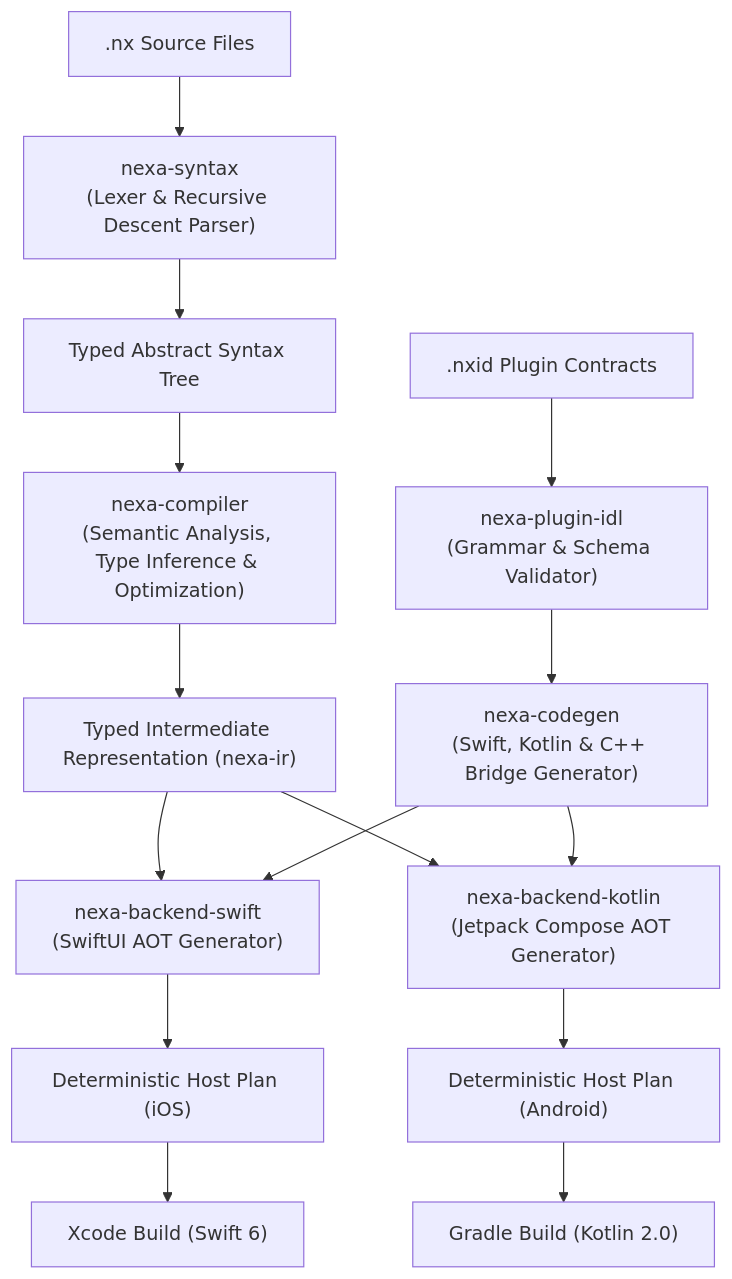
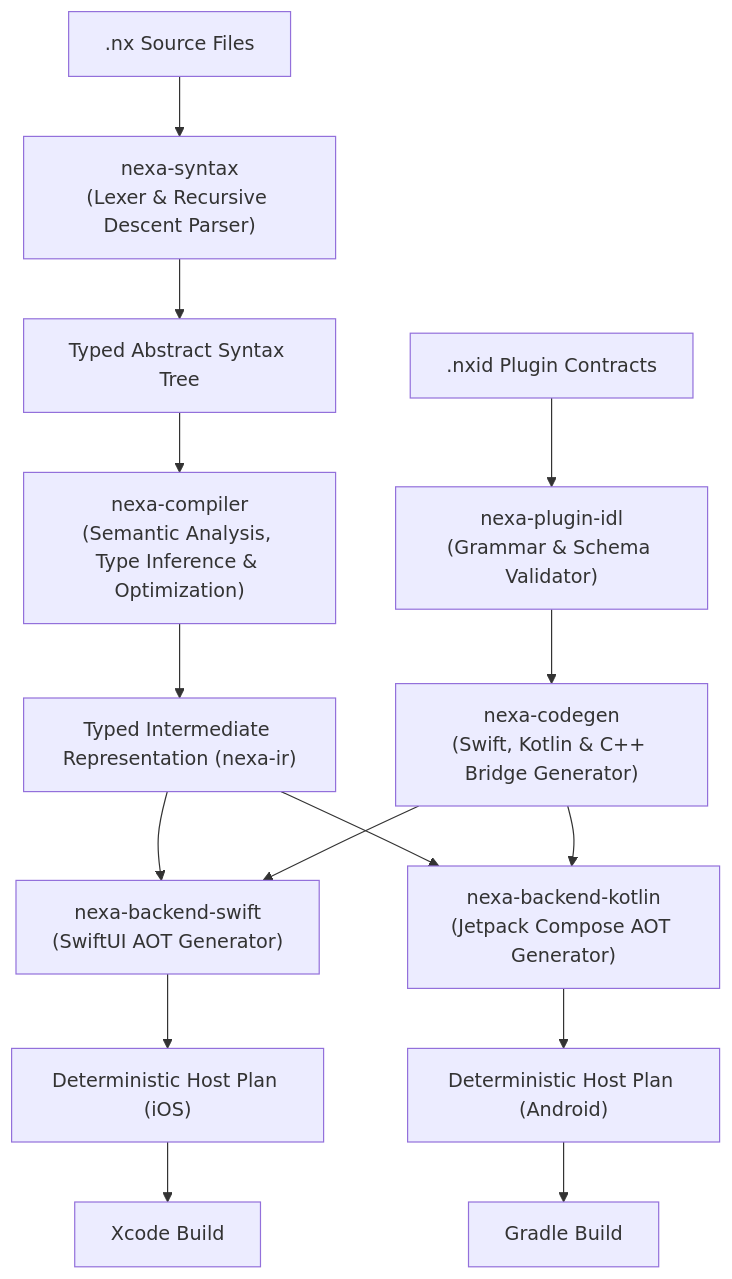
One commit to pigeonmal/nexa changed the first of 2 diagrams in docs/architecture.md. Above: the diagram before and after it, drawn with Mermaid. The commit also changed other lines of this file and 39 other files, not shown here.

````diff
--- a/docs/architecture.md
+++ b/docs/architecture.md
@@ -24,23 +45,23 @@
 ```mermaid
 graph TD
     NX[".nx Source Files"] --> Syntax["nexa-syntax\n(Lexer & Recursive Descent Parser)"]
     Syntax --> AST["Typed Abstract Syntax Tree"]
     
     AST --> Compiler["nexa-compiler\n(Semantic Analysis, Type Inference & Optimization)"]
     Compiler --> IR["Typed Intermediate Representation (nexa-ir)"]
     
     IDL[".nxid Plugin Contracts"] --> PluginIDL["nexa-plugin-idl\n(Grammar & Schema Validator)"]
     PluginIDL --> Codegen["nexa-codegen\n(Swift, Kotlin & C++ Bridge Generator)"]
     
     IR --> SwiftBackend["nexa-backend-swift\n(SwiftUI AOT Generator)"]
     IR --> KotlinBackend["nexa-backend-kotlin\n(Jetpack Compose AOT Generator)"]
     
     Codegen --> SwiftBackend
     Codegen --> KotlinBackend
     
     SwiftBackend --> XcodePlan["Deterministic Host Plan (iOS)"]
     KotlinBackend --> GradlePlan["Deterministic Host Plan (Android)"]
     
-    XcodePlan --> Xcode["Xcode Build (Swift 6)"]
-    GradlePlan --> Gradle["Gradle Build (Kotlin 2.0)"]
+    XcodePlan --> Xcode["Xcode Build"]
+    GradlePlan --> Gradle["Gradle Build"]
 ```
````
